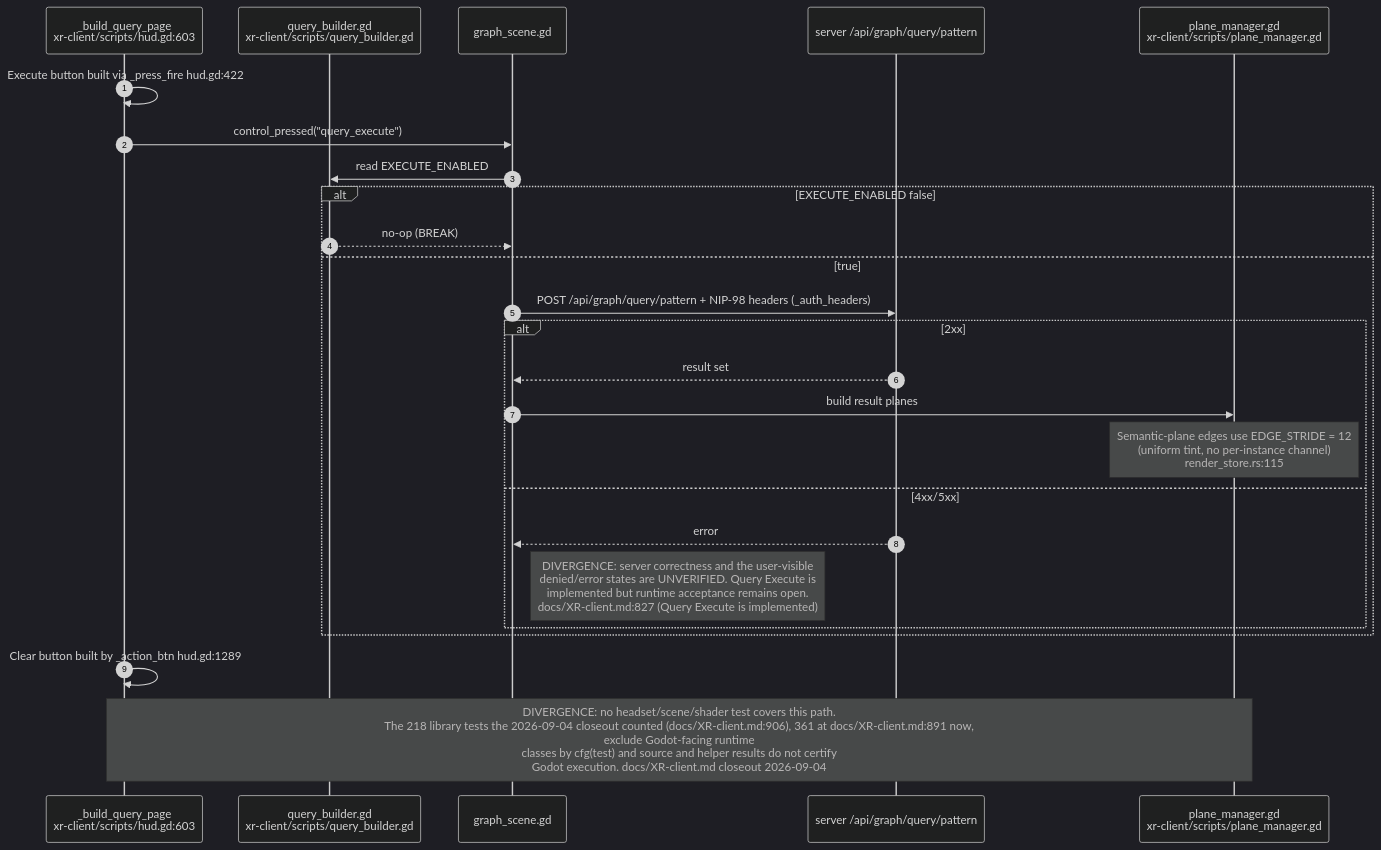
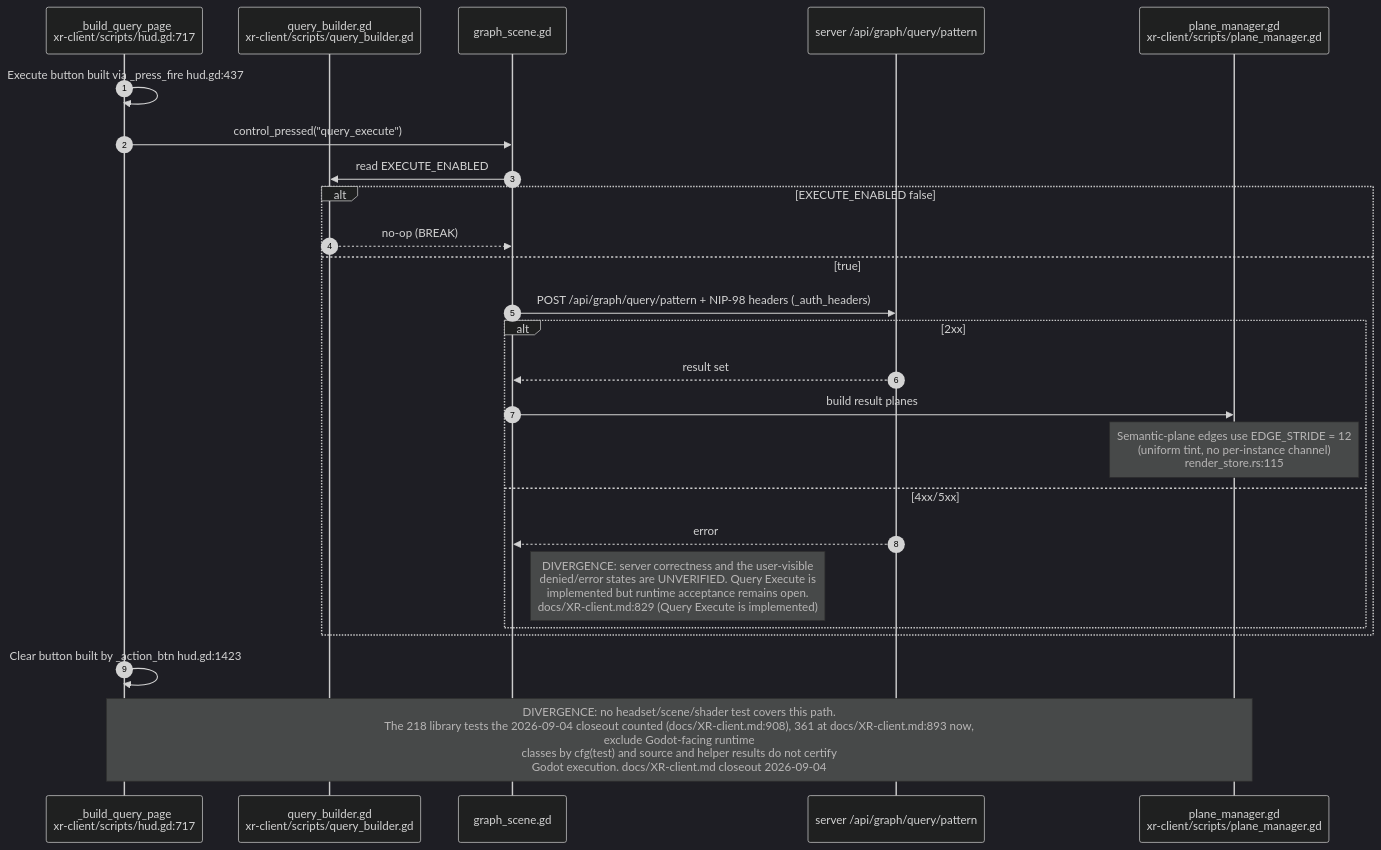
Before and after one commit to DreamLab-AI/VisionFlow: diagram 17 of 27 in docs/diagrams/visionclaw/36-godot-xr-client.md, drawn with Mermaid (dark theme). The commit also changed other lines of this file and 160 other files, not shown here.

````diff
--- a/docs/diagrams/visionclaw/36-godot-xr-client.md
+++ b/docs/diagrams/visionclaw/36-godot-xr-client.md
@@ -864,28 +866,28 @@
 ```mermaid
 sequenceDiagram
     autonumber
-    participant HD as _build_query_page<br/>xr-client/scripts/hud.gd:603
+    participant HD as _build_query_page<br/>xr-client/scripts/hud.gd:717
     participant QB as query_builder.gd<br/>xr-client/scripts/query_builder.gd
     participant GS as graph_scene.gd
     participant SV as server /api/graph/query/pattern
     participant PM as plane_manager.gd<br/>xr-client/scripts/plane_manager.gd
 
-    HD->>HD: Execute button built via _press_fire hud.gd:422
+    HD->>HD: Execute button built via _press_fire hud.gd:437
     HD->>GS: control_pressed("query_execute")
     GS->>QB: read EXECUTE_ENABLED
     alt EXECUTE_ENABLED false
         QB-->>GS: no-op (BREAK)
     else true
         GS->>SV: POST /api/graph/query/pattern + NIP-98 headers (_auth_headers)
         alt 2xx
             SV-->>GS: result set
             GS->>PM: build result planes
             Note over PM: Semantic-plane edges use EDGE_STRIDE = 12<br/>(uniform tint, no per-instance channel)<br/>render_store.rs:115
         else 4xx/5xx
             SV-->>GS: error
-            Note right of GS: DIVERGENCE: server correctness and the user-visible<br/>denied/error states are UNVERIFIED. Query Execute is<br/>implemented but runtime acceptance remains open.<br/>docs/XR-client.md:827 (Query Execute is implemented)
+            Note right of GS: DIVERGENCE: server correctness and the user-visible<br/>denied/error states are UNVERIFIED. Query Execute is<br/>implemented but runtime acceptance remains open.<br/>docs/XR-client.md:829 (Query Execute is implemented)
         end
     end
-    HD->>HD: Clear button built by _action_btn hud.gd:1289
-    Note over HD,PM: DIVERGENCE: no headset/scene/shader test covers this path.<br/>The 218 library tests the 2026-09-04 closeout counted (docs/XR-client.md:906), 361 at docs/XR-client.md:891 now,<br/>exclude Godot-facing runtime<br/>classes by cfg(test) and source and helper results do not certify<br/>Godot execution. docs/XR-client.md closeout 2026-09-04
+    HD->>HD: Clear button built by _action_btn hud.gd:1423
+    Note over HD,PM: DIVERGENCE: no headset/scene/shader test covers this path.<br/>The 218 library tests the 2026-09-04 closeout counted (docs/XR-client.md:908), 361 at docs/XR-client.md:893 now,<br/>exclude Godot-facing runtime<br/>classes by cfg(test) and source and helper results do not certify<br/>Godot execution. docs/XR-client.md closeout 2026-09-04
 ```
````
